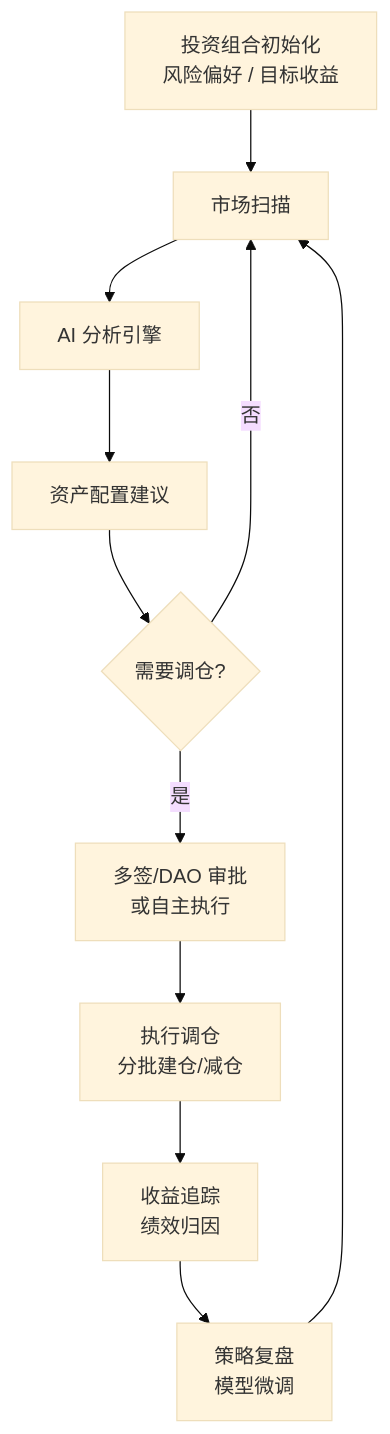
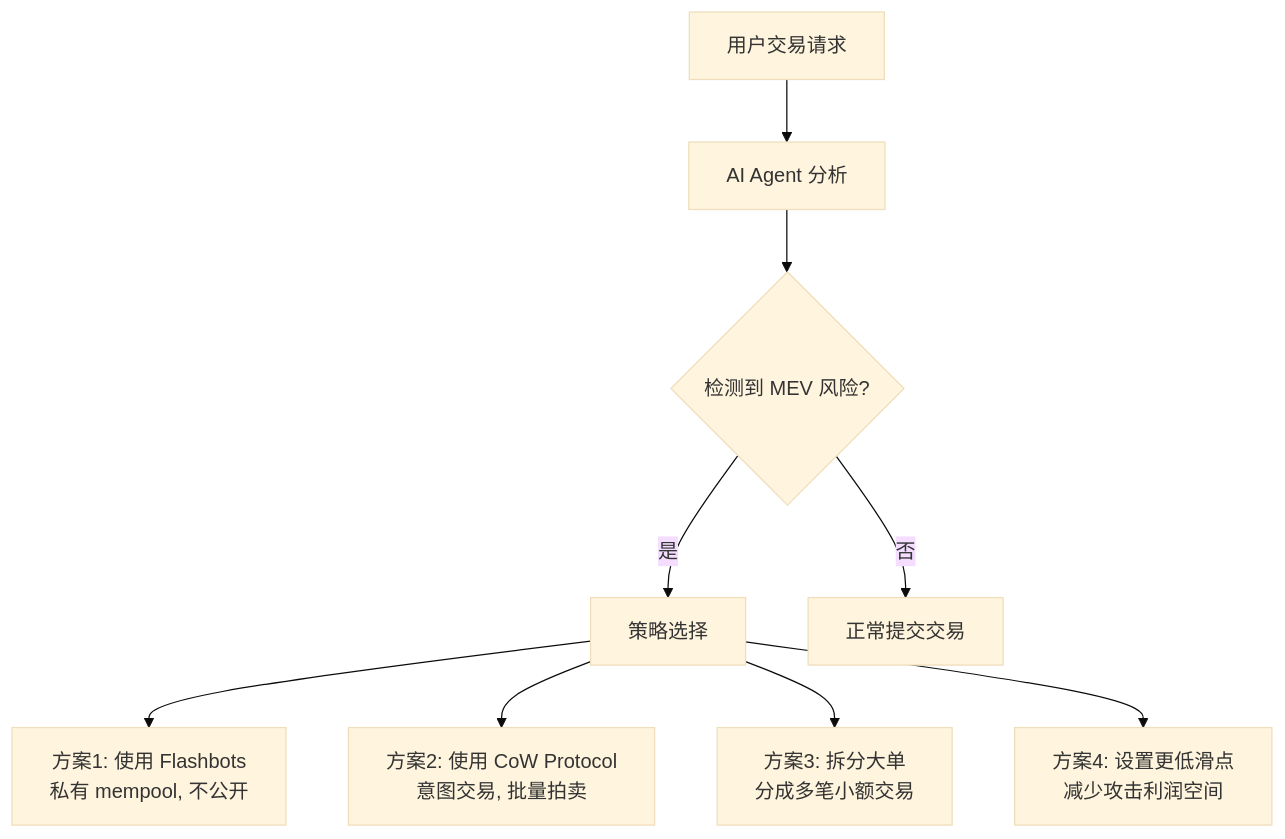
Before and after one commit to Silence-dream/ai-web3-school-cohort-0: the ninth of 12 diagrams in daily/2025-06-02.md, drawn with Mermaid (base theme). The commit also changed other lines of this file, not shown here.

Commit message:
feat: 链上 AI Agent 自动交易策略 — 深度学习笔记 (完整版)

````diff
--- a/daily/2025-06-02.md
+++ b/daily/2025-06-02.md
@@ -228,13 +784,11 @@
 ```mermaid
 flowchart TD
-    A[投资组合初始化<br/>风险偏好 / 目标收益] --> B[市场扫描]
-    B --> C[AI 分析引擎]
-    C --> D[资产配置建议]
-    D --> E{需要调仓?}
-    E -->|否| B
-    E -->|是| F[多签/DAO 审批<br/>或自主执行]
-    F --> G[执行调仓<br/>分批建仓/减仓]
-    G --> H[收益追踪<br/>绩效归因]
-    H --> I[策略复盘<br/>模型微调]
-    I --> B
+    A[用户交易请求] --> B[AI Agent 分析]
+    B --> C{检测到 MEV 风险?}
+    C -->|是| D[策略选择]
+    D --> E[方案1: 使用 Flashbots<br/>私有 mempool, 不公开]
+    D --> F[方案2: 使用 CoW Protocol<br/>意图交易, 批量拍卖]
+    D --> G[方案3: 拆分大单<br/>分成多笔小额交易]
+    D --> H[方案4: 设置更低滑点<br/>减少攻击利润空间]
+    C -->|否| I[正常提交交易]
 ```
````
